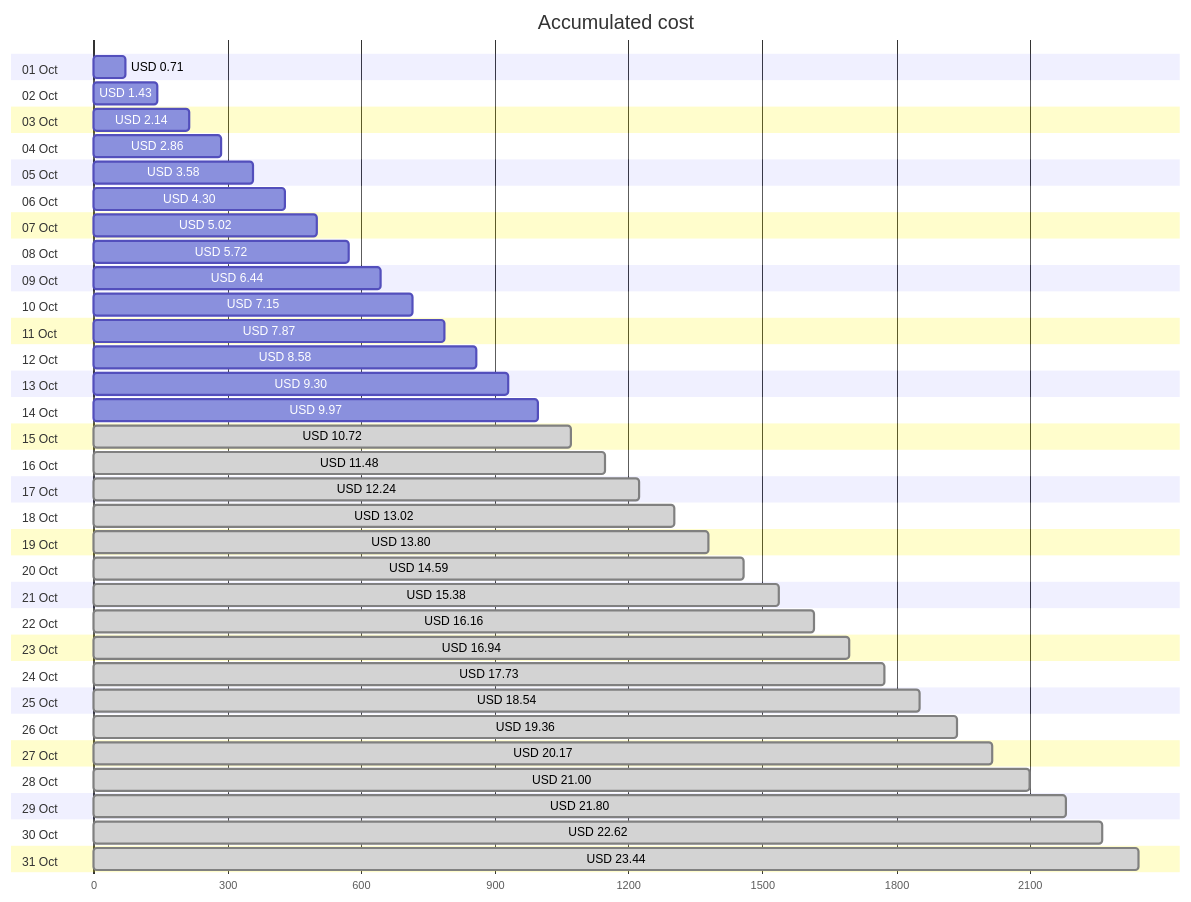
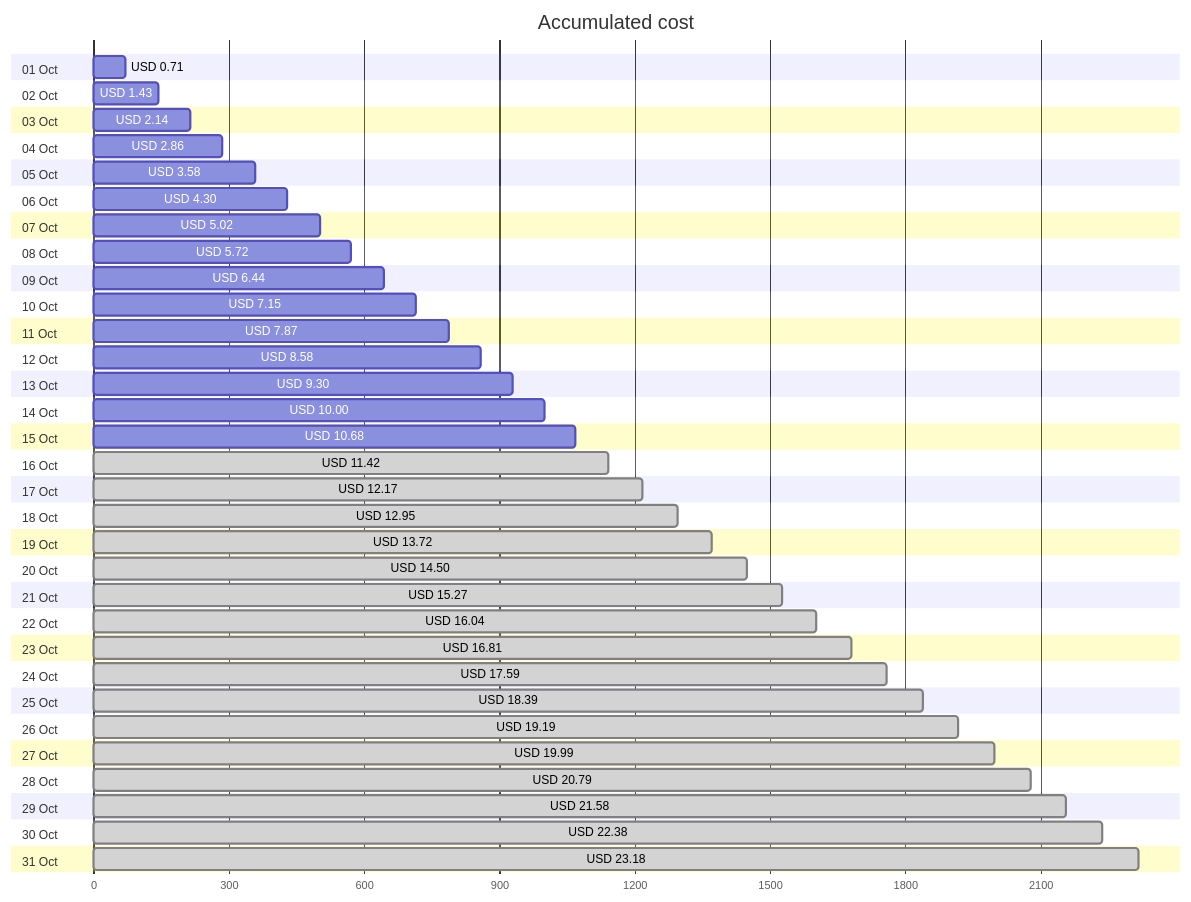
One commit to jpfulton/azure-personal-reports changed the first of 4 diagrams in cost-reports/personal-network/backup-server-data-disk.md. Above: the diagram before and after it, drawn with Mermaid. The commit also changed other lines of this file and 8 other files, not shown here.

````diff
--- a/cost-reports/personal-network/backup-server-data-disk.md
+++ b/cost-reports/personal-network/backup-server-data-disk.md
@@ -20,68 +20,68 @@
 ```mermaid
 gantt
    title Accumulated cost
    dateFormat  X
    axisFormat %s
    section 01 Oct
    USD 0.71 :0, 71
    section 02 Oct
    USD 1.43 :0, 143
    section 03 Oct
    USD 2.14 :0, 214
    section 04 Oct
    USD 2.86 :0, 286
    section 05 Oct
    USD 3.58 :0, 358
    section 06 Oct
    USD 4.30 :0, 430
    section 07 Oct
    USD 5.02 :0, 502
    section 08 Oct
    USD 5.72 :0, 572
    section 09 Oct
    USD 6.44 :0, 644
    section 10 Oct
    USD 7.15 :0, 715
    section 11 Oct
    USD 7.87 :0, 787
    section 12 Oct
    USD 8.58 :0, 858
    section 13 Oct
    USD 9.30 :0, 930
    section 14 Oct
-   USD 9.97 :0, 997
+   USD 10.00 :0, 1000
    section 15 Oct
-   USD 10.72 : done, 0, 1072
+   USD 10.68 :0, 1068
    section 16 Oct
-   USD 11.48 : done, 0, 1148
+   USD 11.42 : done, 0, 1142
    section 17 Oct
-   USD 12.24 : done, 0, 1224
+   USD 12.17 : done, 0, 1217
    section 18 Oct
-   USD 13.02 : done, 0, 1302
+   USD 12.95 : done, 0, 1295
    section 19 Oct
-   USD 13.80 : done, 0, 1380
+   USD 13.72 : done, 0, 1372
    section 20 Oct
-   USD 14.59 : done, 0, 1459
+   USD 14.50 : done, 0, 1450
    section 21 Oct
-   USD 15.38 : done, 0, 1538
+   USD 15.27 : done, 0, 1527
    section 22 Oct
-   USD 16.16 : done, 0, 1616
+   USD 16.04 : done, 0, 1604
    section 23 Oct
-   USD 16.94 : done, 0, 1694
+   USD 16.81 : done, 0, 1681
    section 24 Oct
-   USD 17.73 : done, 0, 1773
+   USD 17.59 : done, 0, 1759
    section 25 Oct
-   USD 18.54 : done, 0, 1854
+   USD 18.39 : done, 0, 1839
    section 26 Oct
-   USD 19.36 : done, 0, 1936
+   USD 19.19 : done, 0, 1919
    section 27 Oct
-   USD 20.17 : done, 0, 2017
+   USD 19.99 : done, 0, 1999
    section 28 Oct
-   USD 21.00 : done, 0, 2100
+   USD 20.79 : done, 0, 2079
    section 29 Oct
-   USD 21.80 : done, 0, 2180
+   USD 21.58 : done, 0, 2158
    section 30 Oct
-   USD 22.62 : done, 0, 2262
+   USD 22.38 : done, 0, 2238
    section 31 Oct
-   USD 23.44 : done, 0, 2344
+   USD 23.18 : done, 0, 2318
 ```
````
